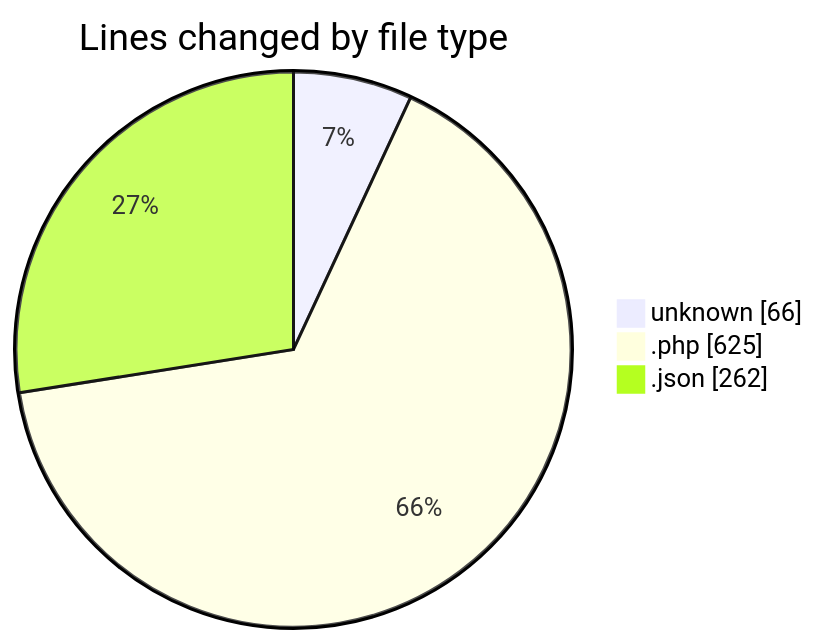
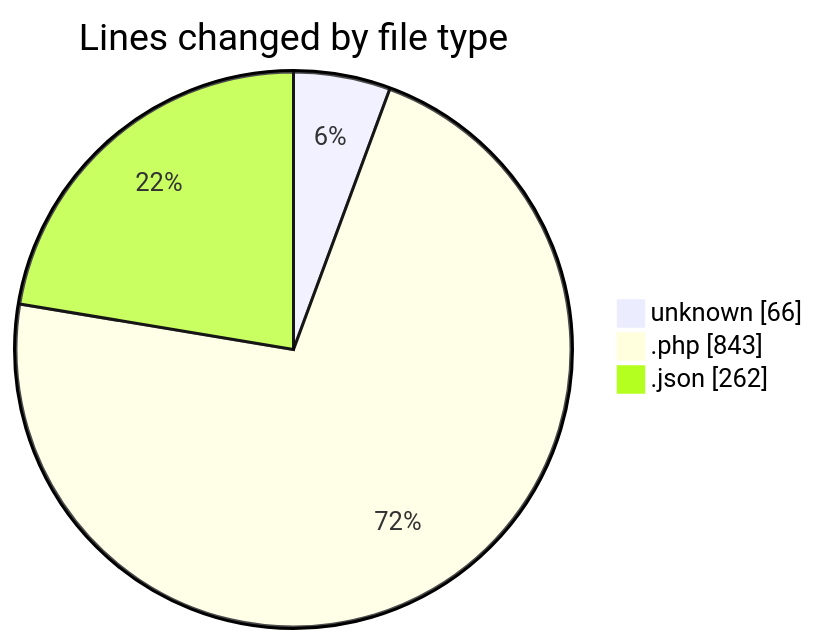
The first of 2 diagrams in 2025-11-08/futsal/README.md (idhammustaqopulfikri/code-tracking), drawn with Mermaid before and after one commit. The commit also changed other lines of this file and 1 other file, not shown here.

````diff
--- a/2025-11-08/futsal/README.md
+++ b/2025-11-08/futsal/README.md
@@ -31,7 +31,7 @@
 ```mermaid
 pie showData
 title Lines changed by file type
 "unknown" : 66
-".php" : 625
+".php" : 843
 ".json" : 262
 ```
````
